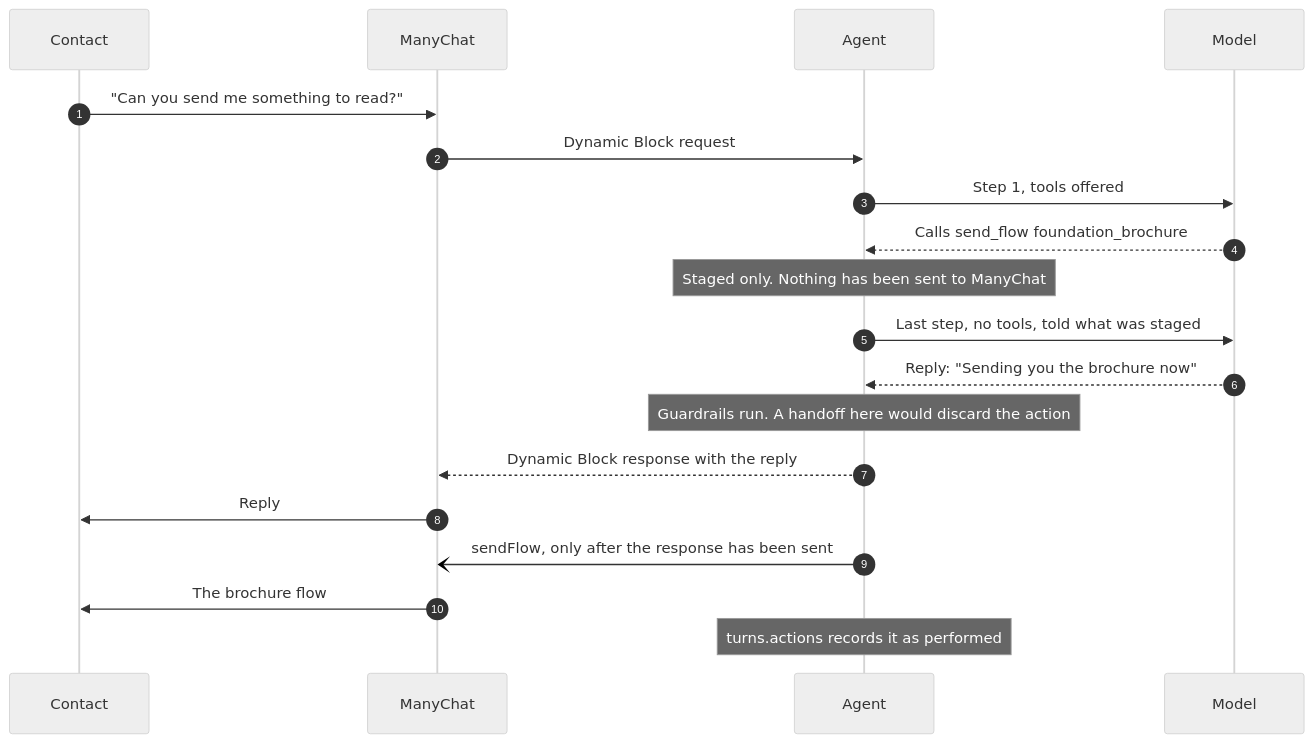
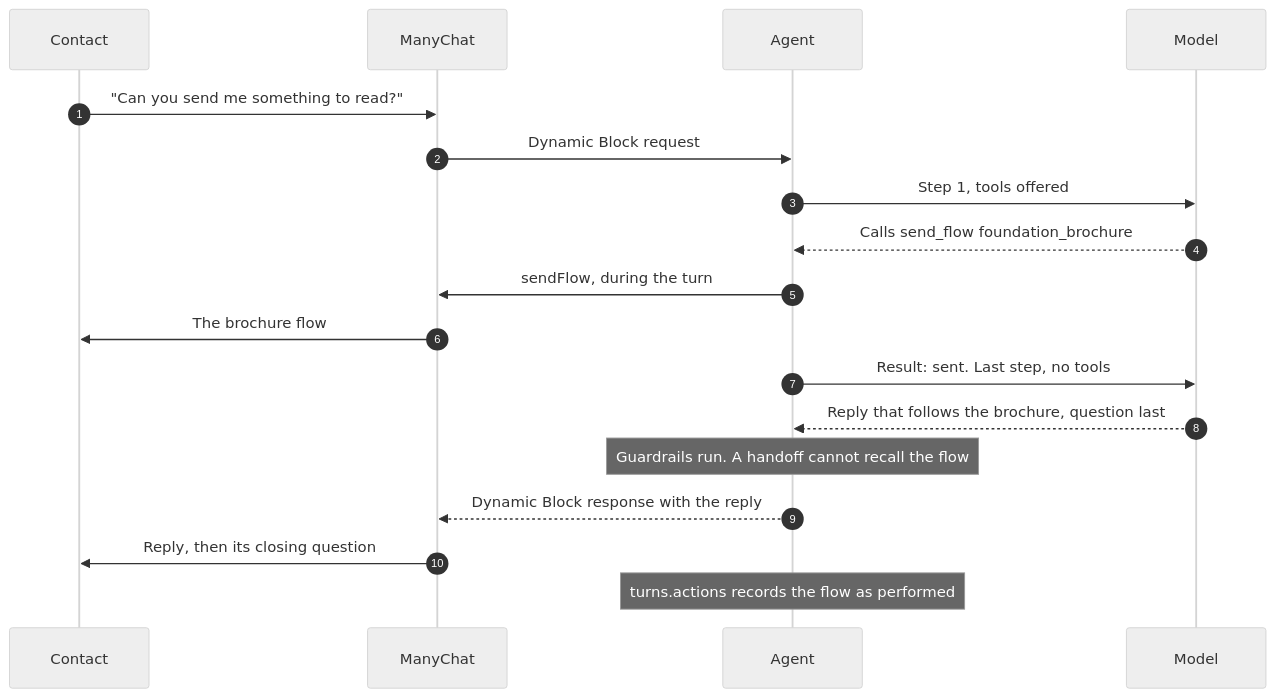
Before and after one commit to pedronastasi/manychat-ai-agent: the second of 4 diagrams in README.md, drawn with Mermaid (neutral theme). The commit also changed other lines of this file and 7 other files, not shown here.

````diff
--- a/README.md
+++ b/README.md
@@ -449,22 +450,21 @@
 ```mermaid
 sequenceDiagram
     autonumber
     participant C as Contact
     participant M as ManyChat
     participant A as Agent
     participant L as Model
 
     C->>M: "Can you send me something to read?"
     M->>A: Dynamic Block request
     A->>L: Step 1, tools offered
     L-->>A: Calls send_flow foundation_brochure
-    Note over A: Staged only. Nothing has been sent to ManyChat
-    A->>L: Last step, no tools, told what was staged
-    L-->>A: Reply: "Sending you the brochure now"
-    Note over A: Guardrails run. A handoff here would discard the action
+    A->>M: sendFlow, during the turn
+    M->>C: The brochure flow
+    A->>L: Result: sent. Last step, no tools
+    L-->>A: Reply that follows the brochure, question last
+    Note over A: Guardrails run. A handoff cannot recall the flow
     A-->>M: Dynamic Block response with the reply
-    M->>C: Reply
-    A-)M: sendFlow, only after the response has been sent
-    M->>C: The brochure flow
-    Note over A: turns.actions records it as performed
+    M->>C: Reply, then its closing question
+    Note over A: turns.actions records the flow as performed
 ```
````
